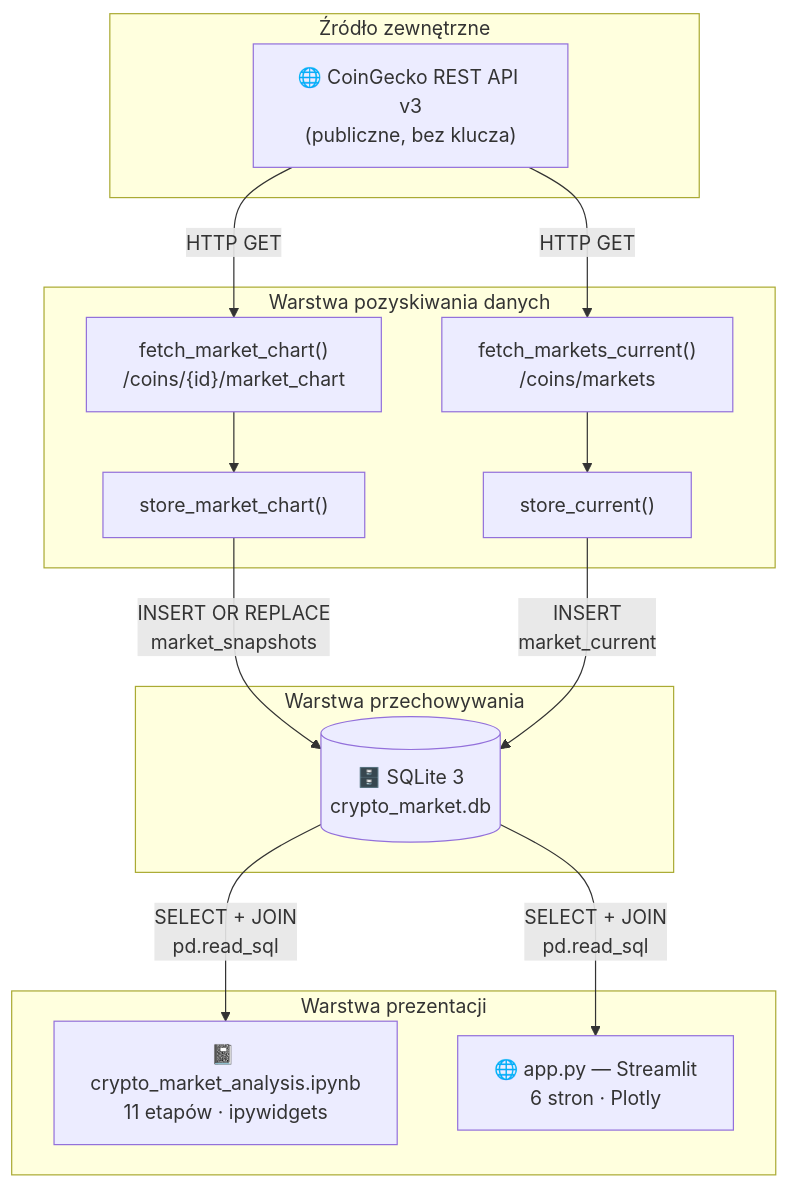
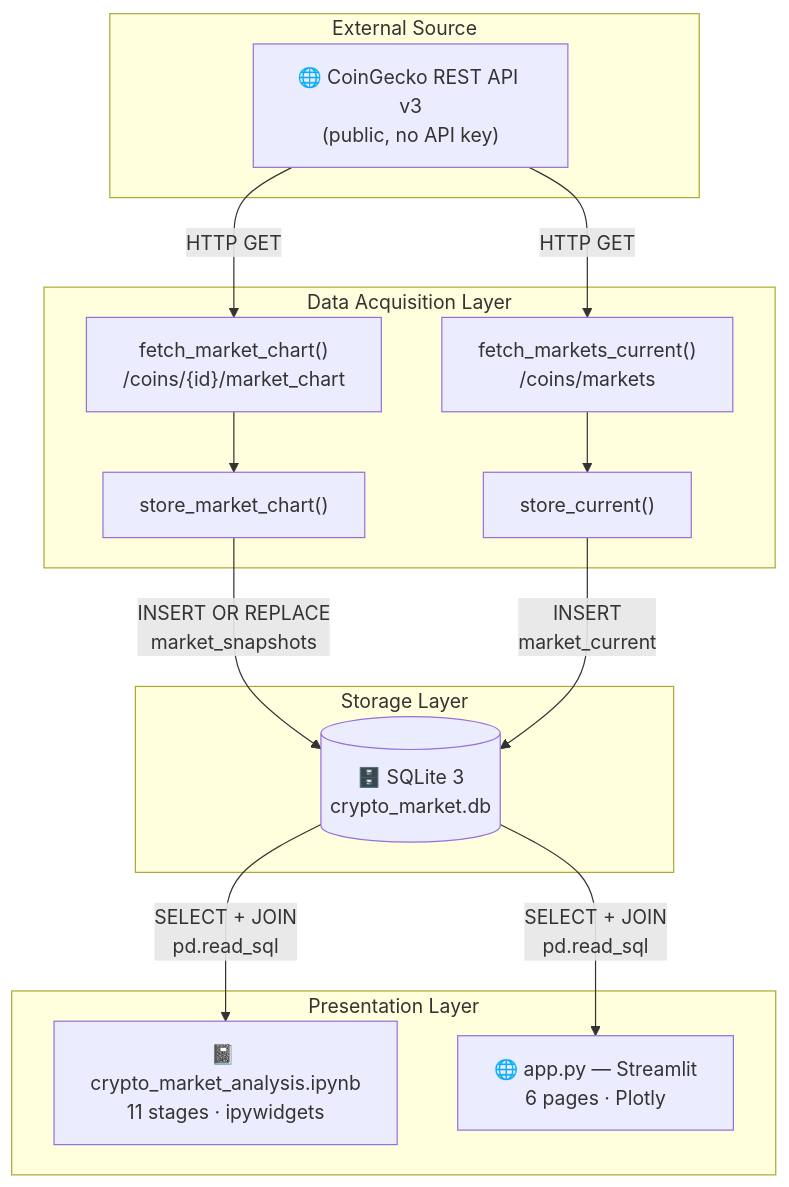
One commit to midusza04/coingeko_project changed the first of 8 diagrams in .docs/diagrams.md. Above: the diagram before and after it, drawn with Mermaid. The commit also changed other lines of this file and 12 other files, not shown here.

````diff
--- a/.docs/diagrams.md
+++ b/.docs/diagrams.md
@@ -11,31 +11,31 @@
 ```mermaid
 flowchart TD
-    subgraph EXTERNAL ["Źródło zewnętrzne"]
-        API["🌐 CoinGecko REST API v3\n(publiczne, bez klucza)"]
+    subgraph EXTERNAL ["External Source"]
+        API["🌐 CoinGecko REST API v3\n(public, no API key)"]
     end
 
-    subgraph COLLECT ["Warstwa pozyskiwania danych"]
+    subgraph COLLECT ["Data Acquisition Layer"]
         F1["fetch_market_chart()\n/coins/{id}/market_chart"]
         F2["fetch_markets_current()\n/coins/markets"]
         S1["store_market_chart()"]
         S2["store_current()"]
     end
 
-    subgraph STORAGE ["Warstwa przechowywania"]
+    subgraph STORAGE ["Storage Layer"]
         DB[("🗄️ SQLite 3\ncrypto_market.db")]
     end
 
-    subgraph PRESENT ["Warstwa prezentacji"]
-        NB["📓 crypto_market_analysis.ipynb\n11 etapów · ipywidgets"]
-        APP["🌐 app.py — Streamlit\n6 stron · Plotly"]
+    subgraph PRESENT ["Presentation Layer"]
+        NB["📓 crypto_market_analysis.ipynb\n11 stages · ipywidgets"]
+        APP["🌐 app.py — Streamlit\n6 pages · Plotly"]
     end
 
     API -->|HTTP GET| F1
     API -->|HTTP GET| F2
     F1 --> S1
     F2 --> S2
     S1 -->|"INSERT OR REPLACE\nmarket_snapshots"| DB
     S2 -->|"INSERT\nmarket_current"| DB
     DB -->|"SELECT + JOIN\npd.read_sql"| NB
     DB -->|"SELECT + JOIN\npd.read_sql"| APP
 ```
````
